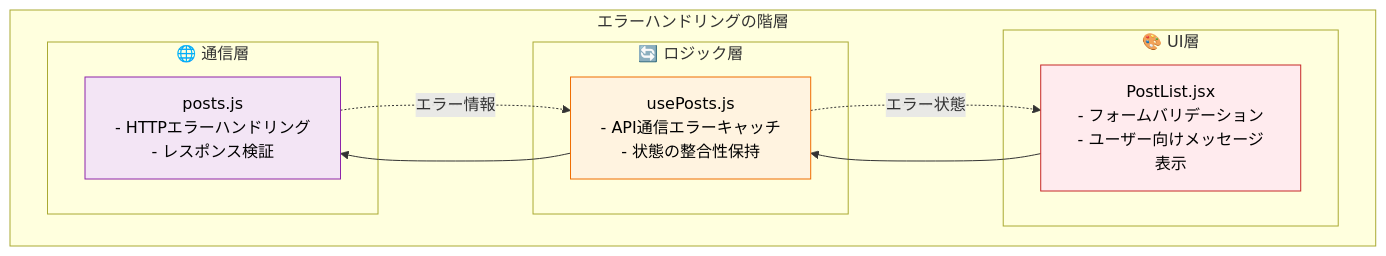
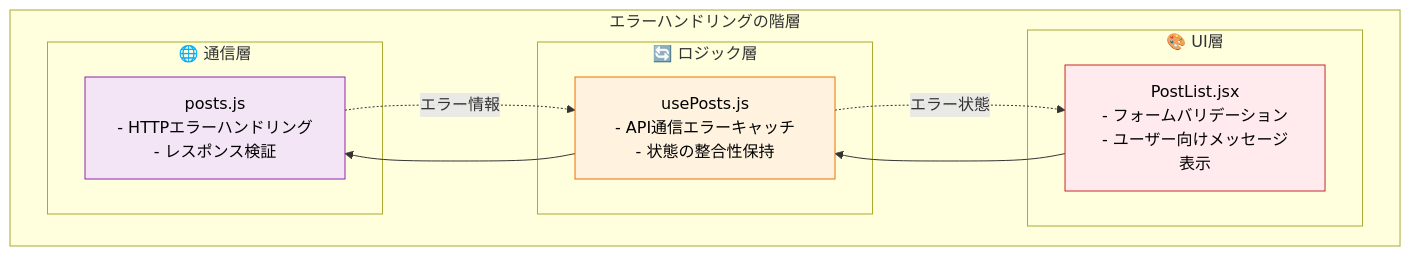
One commit to KITA-DS12/web-app-simple changed diagram 15 of 29 in lecture-materials.md. Above: the diagram before and after it, drawn with Mermaid. The commit also changed other lines of this file, not shown here.

First line of the commit message:
fix: Mermaid図の改行表示を修正

````diff
--- a/lecture-materials.md
+++ b/lecture-materials.md
@@ -1022,30 +1022,30 @@
 ```mermaid
 graph TD
     subgraph "エラーハンドリングの階層"
         subgraph "🎨 UI層"
-            UI_ERROR["PostList.jsx\n- フォームバリデーション\n- ユーザー向けメッセージ表示"]
+            UI_ERROR["PostList.jsx#10;- フォームバリデーション#10;- ユーザー向けメッセージ表示"]
         end
         
         subgraph "🔄 ロジック層"
-            LOGIC_ERROR["usePosts.js\n- API通信エラーキャッチ\n- 状態の整合性保持"]
+            LOGIC_ERROR["usePosts.js#10;- API通信エラーキャッチ#10;- 状態の整合性保持"]
         end
         
         subgraph "🌐 通信層"
-            API_ERROR["posts.js\n- HTTPエラーハンドリング\n- レスポンス検証"]
+            API_ERROR["posts.js#10;- HTTPエラーハンドリング#10;- レスポンス検証"]
         end
         
         UI_ERROR --> LOGIC_ERROR
         LOGIC_ERROR --> API_ERROR
         
         API_ERROR -.->|エラー情報| LOGIC_ERROR
         LOGIC_ERROR -.->|エラー状態| UI_ERROR
     end
     
     classDef ui fill:#FFEBEE,stroke:#C62828,color:#000
     classDef logic fill:#FFF3E0,stroke:#EF6C00,color:#000
     classDef api fill:#F3E5F5,stroke:#8E24AA,color:#000
     
     class UI_ERROR ui
     class LOGIC_ERROR logic
     class API_ERROR api
 ```
````
